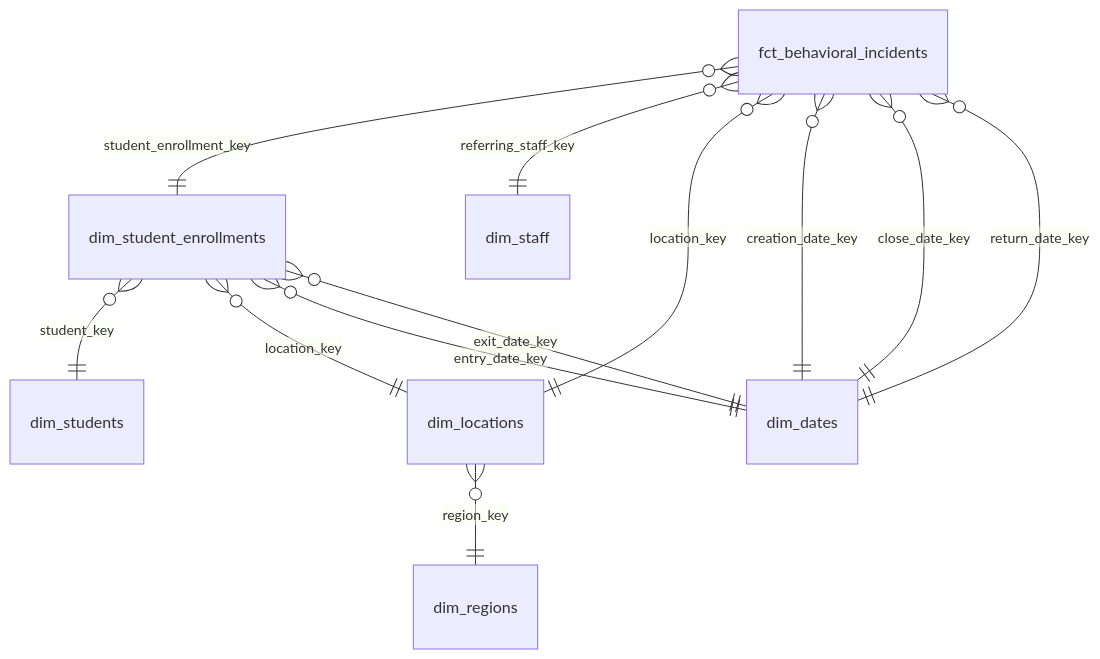
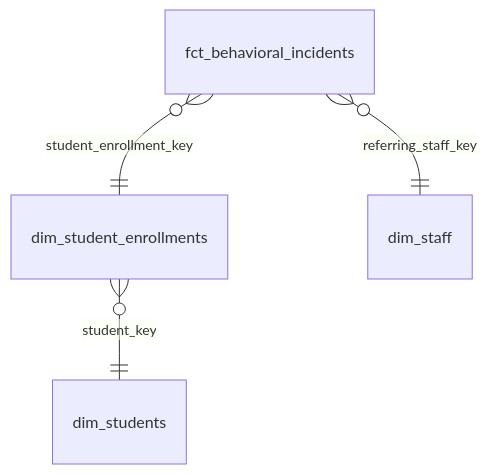
The fourth of 24 diagrams in docs/reference/marts-data-models.md (TEAMSchools/teamster), drawn with Mermaid before and after one commit. The commit also changed other lines of this file and 2 other files, not shown here.

First line of the commit message:
docs(marts): omit conformed dimensions from snowflake diagrams

````diff
--- a/docs/reference/marts-data-models.md
+++ b/docs/reference/marts-data-models.md
@@ -99,14 +83,6 @@
 ```mermaid
 erDiagram
   fct_behavioral_incidents }o--|| dim_student_enrollments : "student_enrollment_key"
   fct_behavioral_incidents }o--|| dim_staff : "referring_staff_key"
-  fct_behavioral_incidents }o--|| dim_locations : "location_key"
-  fct_behavioral_incidents }o--|| dim_dates : "creation_date_key"
-  fct_behavioral_incidents }o--|| dim_dates : "close_date_key"
-  fct_behavioral_incidents }o--|| dim_dates : "return_date_key"
   dim_student_enrollments }o--|| dim_students : "student_key"
-  dim_student_enrollments }o--|| dim_locations : "location_key"
-  dim_student_enrollments }o--|| dim_dates : "entry_date_key"
-  dim_student_enrollments }o--|| dim_dates : "exit_date_key"
-  dim_locations }o--|| dim_regions : "region_key"
 ```
````
